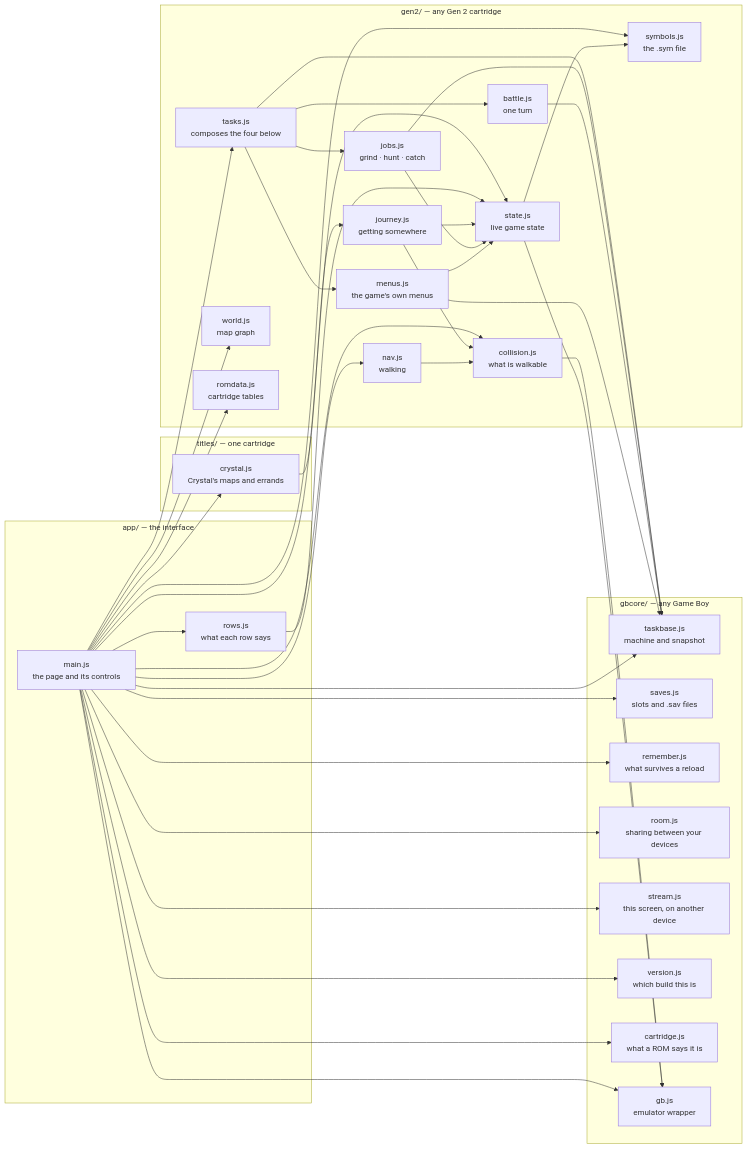
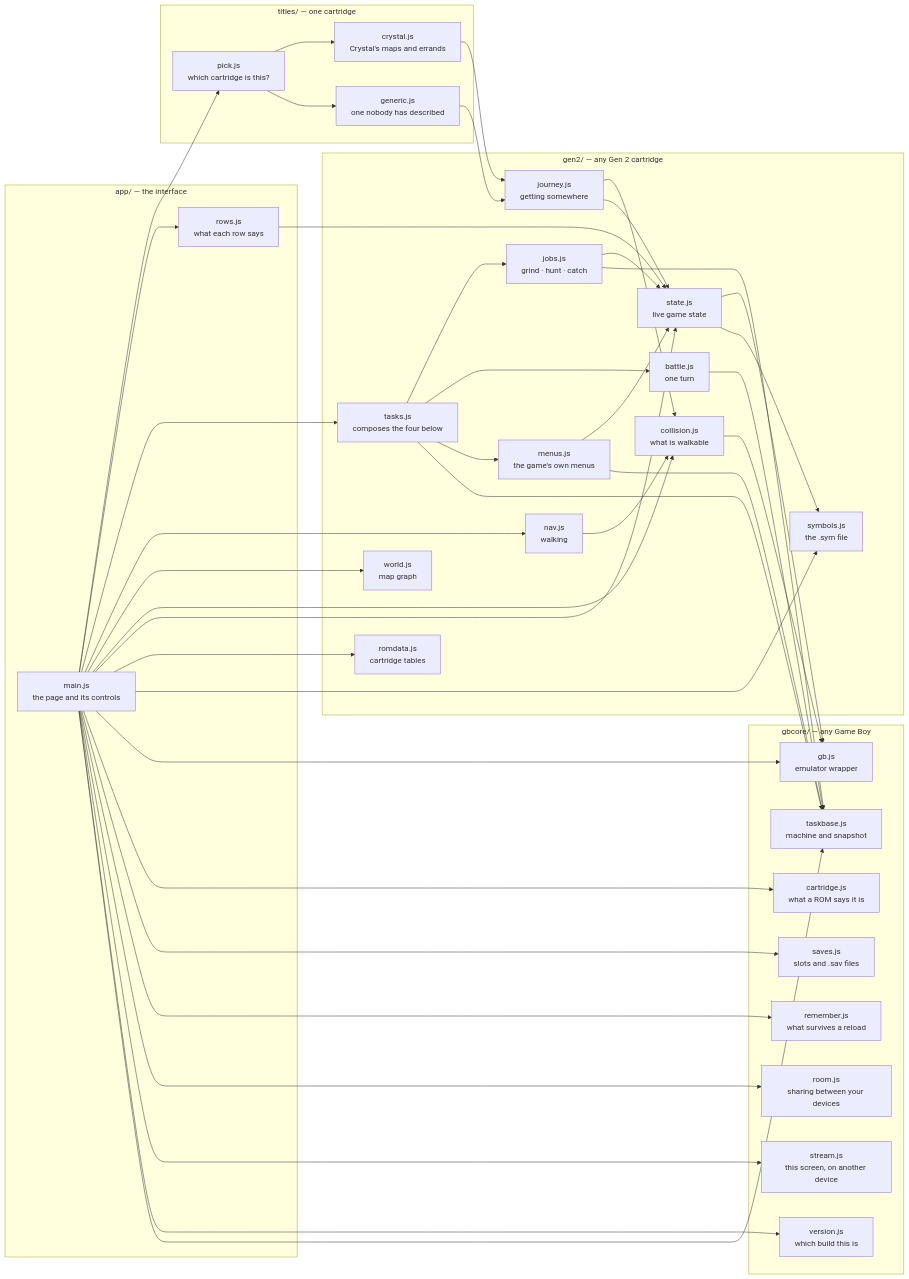
The second of 21 diagrams in docs/CODE.md (minormending/crystal-pilot-mobile), drawn with Mermaid before and after one commit. The commit also changed other lines of this file and 11 other files, not shown here.

````diff
--- a/docs/CODE.md
+++ b/docs/CODE.md
@@ -162,68 +162,73 @@
 ```mermaid
 flowchart LR
     subgraph app["app/ — the interface"]
         main["main.js<br/>the page and its controls"]
         rows["rows.js<br/>what each row says"]
     end
     subgraph titles["titles/ — one cartridge"]
+        pick["pick.js<br/>which cartridge is this?"]
         title["crystal.js<br/>Crystal's maps and errands"]
+        gener["generic.js<br/>one nobody has described"]
     end
     subgraph gen2["gen2/ — any Gen 2 cartridge"]
         tasks["tasks.js<br/>composes the four below"]
         jour["journey.js<br/>getting somewhere"]
         jobs["jobs.js<br/>grind · hunt · catch"]
         btl["battle.js<br/>one turn"]
         menus["menus.js<br/>the game's own menus"]
         nav["nav.js<br/>walking"]
         world["world.js<br/>map graph"]
         coll["collision.js<br/>what is walkable"]
         state["state.js<br/>live game state"]
         rom["romdata.js<br/>cartridge tables"]
         sym["symbols.js<br/>the .sym file"]
     end
     subgraph gbcore["gbcore/ — any Game Boy"]
         tbase["taskbase.js<br/>machine and snapshot"]
         saves["saves.js<br/>slots and .sav files"]
         rem["remember.js<br/>what survives a reload"]
         room["room.js<br/>sharing between your devices"]
         stream["stream.js<br/>this screen, on another device"]
         ver["version.js<br/>which build this is"]
         cart["cartridge.js<br/>what a ROM says it is"]
         gb["gb.js<br/>emulator wrapper"]
     end
 
-    main --> title
+    main --> pick
+    pick --> title
+    pick --> gener
     main --> rows
     main --> tasks
     main --> nav
     main --> world
     main --> coll
     main --> state
     main --> rom
     main --> sym
     main --> gb
     main --> cart
     main --> saves
     main --> rem
     main --> room
     main --> stream
     main --> ver
     main --> tbase
     rows --> state
     title --> jour
+    gener --> jour
     jour --> coll
     jour --> state
     tasks --> jobs
     tasks --> btl
     tasks --> menus
     tasks --> tbase
     jobs --> state
     jobs --> tbase
     btl --> tbase
     menus --> state
     menus --> tbase
     nav --> coll
     coll --> gb
     state --> gb
     state --> sym
 ```
````
